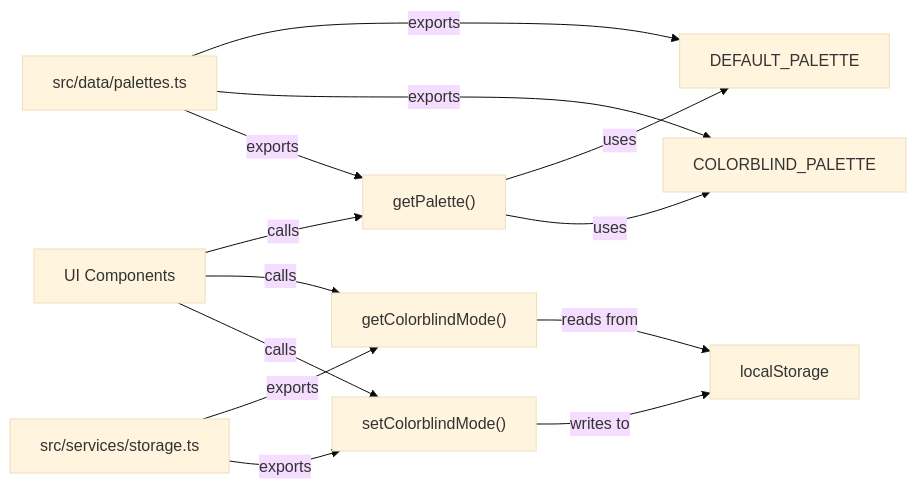
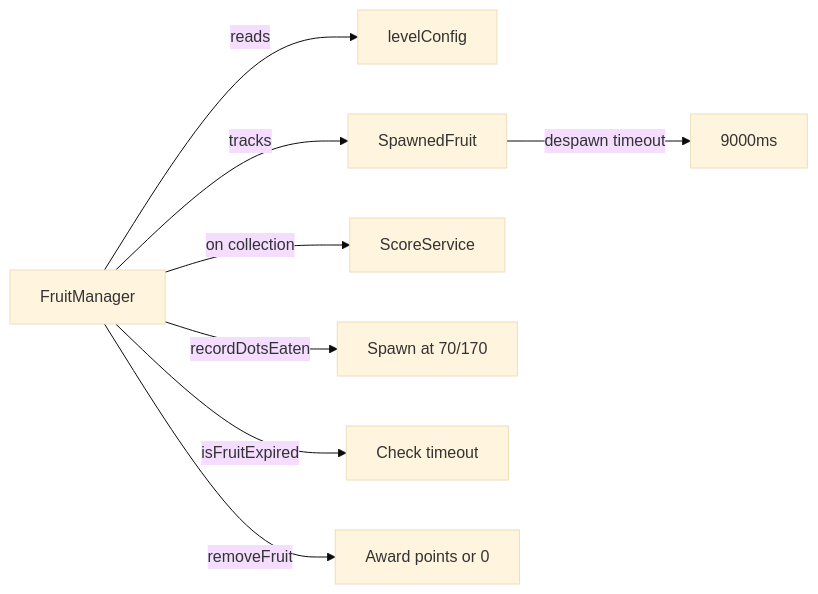
The diagram in docs/agents/junior-python-mission.md (ErezSCE/PacmanClaude4), drawn with Mermaid (base theme) before and after one commit. The commit also changed other lines of this file and 3 other files, not shown here.

````diff
--- a/docs/agents/junior-python-mission.md
+++ b/docs/agents/junior-python-mission.md
@@ -25,15 +24,10 @@
 ```mermaid
 graph LR
-  A["src/data/palettes.ts"] -->|exports| B["DEFAULT_PALETTE"]
-  A -->|exports| C["COLORBLIND_PALETTE"]
-  A -->|exports| D["getPalette()"]
-  E["src/services/storage.ts"] -->|exports| F["getColorblindMode()"]
-  E -->|exports| G["setColorblindMode()"]
-  D -->|uses| B
-  D -->|uses| C
-  F -->|reads from| H["localStorage"]
-  G -->|writes to| H
-  I["UI Components"] -->|calls| D
-  I -->|calls| F
-  I -->|calls| G
+  A[FruitManager] -->|reads| B[levelConfig]
+  A -->|tracks| C[SpawnedFruit]
+  C -->|despawn timeout| D[9000ms]
+  A -->|on collection| E[ScoreService]
+  A -->|recordDotsEaten| F[Spawn at 70/170]
+  A -->|isFruitExpired| G[Check timeout]
+  A -->|removeFruit| H[Award points or 0]
 ```
````
